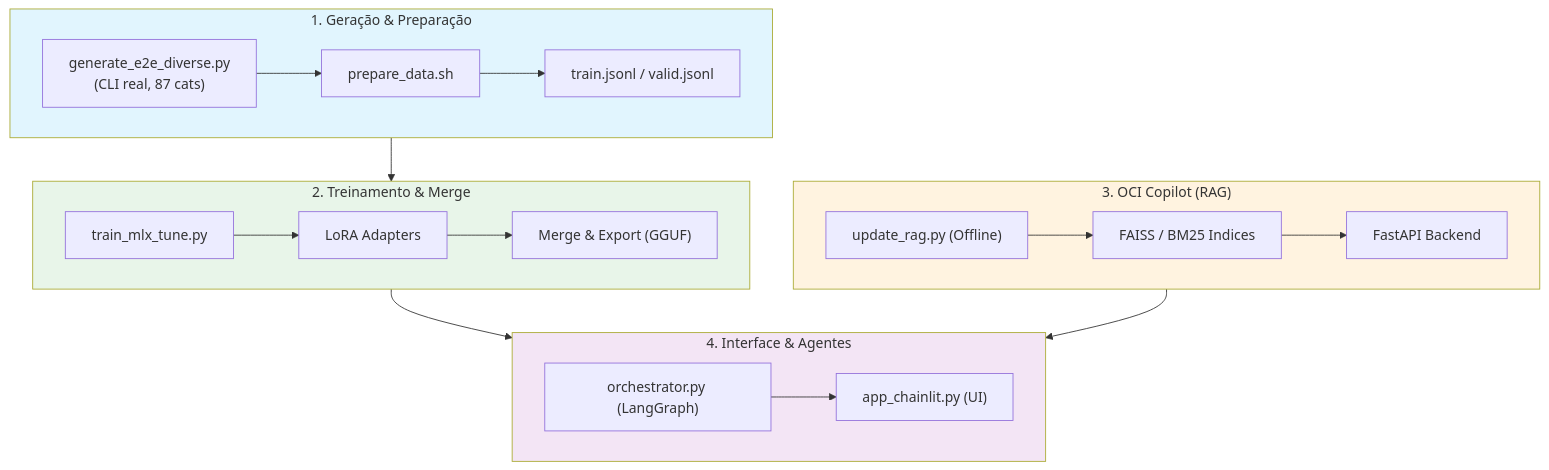
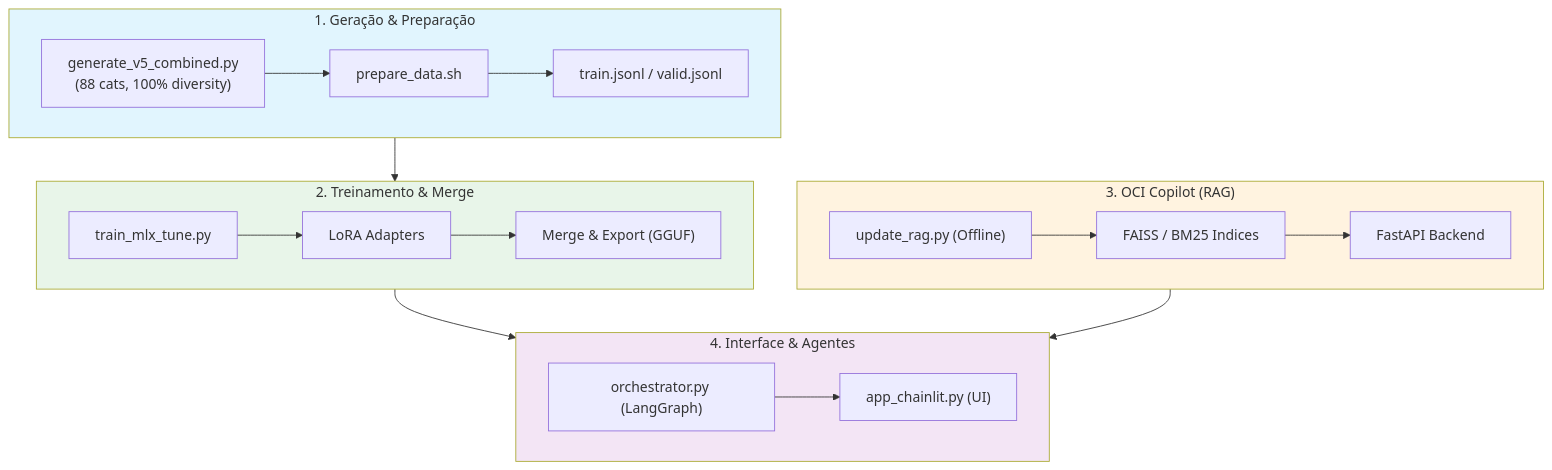
One commit to otavio-lemos/olia-2-oci changed the first of 2 diagrams in README.md. Above: the diagram before and after it, drawn with Mermaid. The commit also changed other lines of this file and 100 other files, not shown here.

````diff
--- a/README.md
+++ b/README.md
@@ -42,30 +42,30 @@
 ```mermaid
 flowchart TD
     subgraph GENERATION["1. Geração & Preparação"]
-        A1["generate_e2e_diverse.py\n(CLI real, 87 cats)"] --> A2["prepare_data.sh"]
+        A1["generate_v5_combined.py\n(88 cats, 100% diversity)"] --> A2["prepare_data.sh"]
         A2 --> A3["train.jsonl / valid.jsonl"]
     end
 
     subgraph TRAINING["2. Treinamento & Merge"]
         B1["train_mlx_tune.py"] --> B2["LoRA Adapters"]
         B2 --> B3["Merge & Export (GGUF)"]
     end
 
     subgraph RAG["3. OCI Copilot (RAG)"]
         C1["update_rag.py (Offline)"] --> C2["FAISS / BM25 Indices"]
         C2 --> C3["FastAPI Backend"]
     end
 
     subgraph UI["4. Interface & Agentes"]
         D1["orchestrator.py (LangGraph)"] --> D2["app_chainlit.py (UI)"]
     end
 
     GENERATION --> TRAINING
     TRAINING --> UI
     RAG --> UI
 
     style GENERATION fill:#e1f5fe
     style TRAINING fill:#e8f5e9
     style RAG fill:#fff3e0
     style UI fill:#f3e5f5
 ```
````
